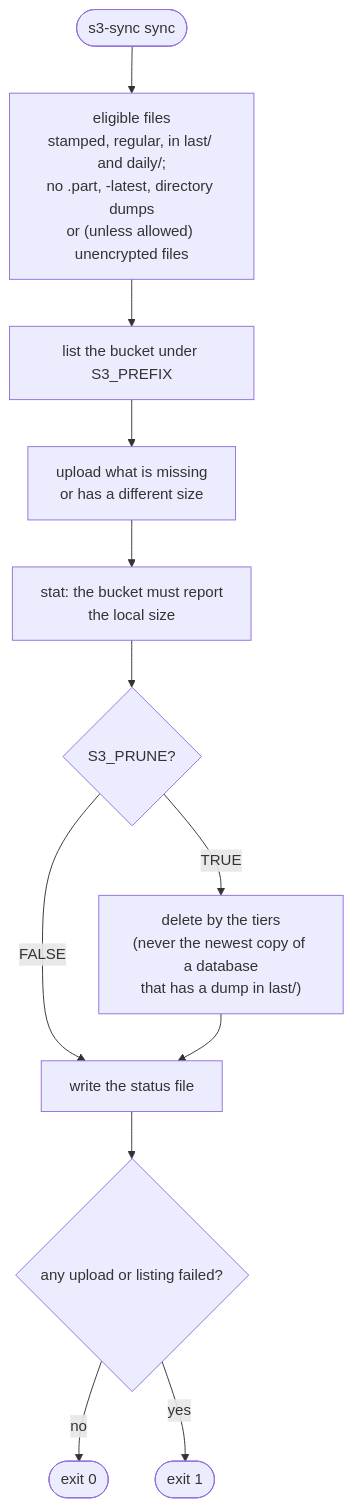
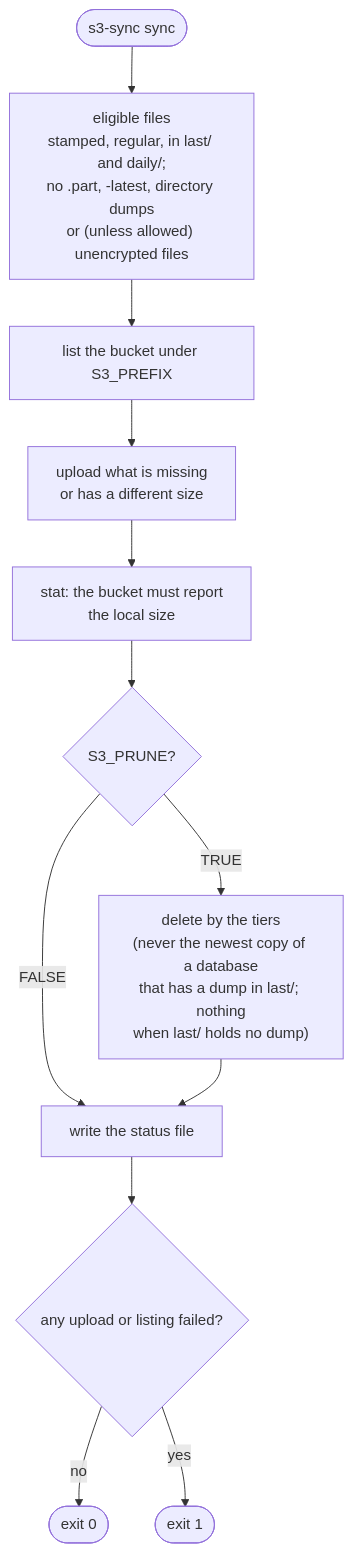
One commit to ganiyevuz/backupgram changed the fifth of 5 diagrams in docs/ARCHITECTURE.md. Above: the diagram before and after it, drawn with Mermaid. The commit also changed other lines of this file and 9 other files, not shown here.

````diff
--- a/docs/ARCHITECTURE.md
+++ b/docs/ARCHITECTURE.md
@@ -310,14 +316,14 @@
 ```mermaid
 flowchart TD
     sync([s3-sync sync]) --> elig["eligible files<br/>stamped, regular, in last/ and daily/;<br/>no .part, -latest, directory dumps<br/>or (unless allowed) unencrypted files"]
     elig --> list["list the bucket under S3_PREFIX"]
     list --> plan["upload what is missing<br/>or has a different size"]
     plan --> verify["stat: the bucket must report<br/>the local size"]
     verify --> prune{S3_PRUNE?}
-    prune -->|TRUE| tiers["delete by the tiers<br/>(never the newest copy of a database<br/>that has a dump in last/)"]
+    prune -->|TRUE| tiers["delete by the tiers<br/>(never the newest copy of a database<br/>that has a dump in last/; nothing<br/>when last/ holds no dump)"]
     prune -->|FALSE| status
     tiers --> status["write the status file"]
     status --> result{any upload or listing failed?}
     result -->|no| ok([exit 0])
     result -->|yes| fail([exit 1])
 ```
````
